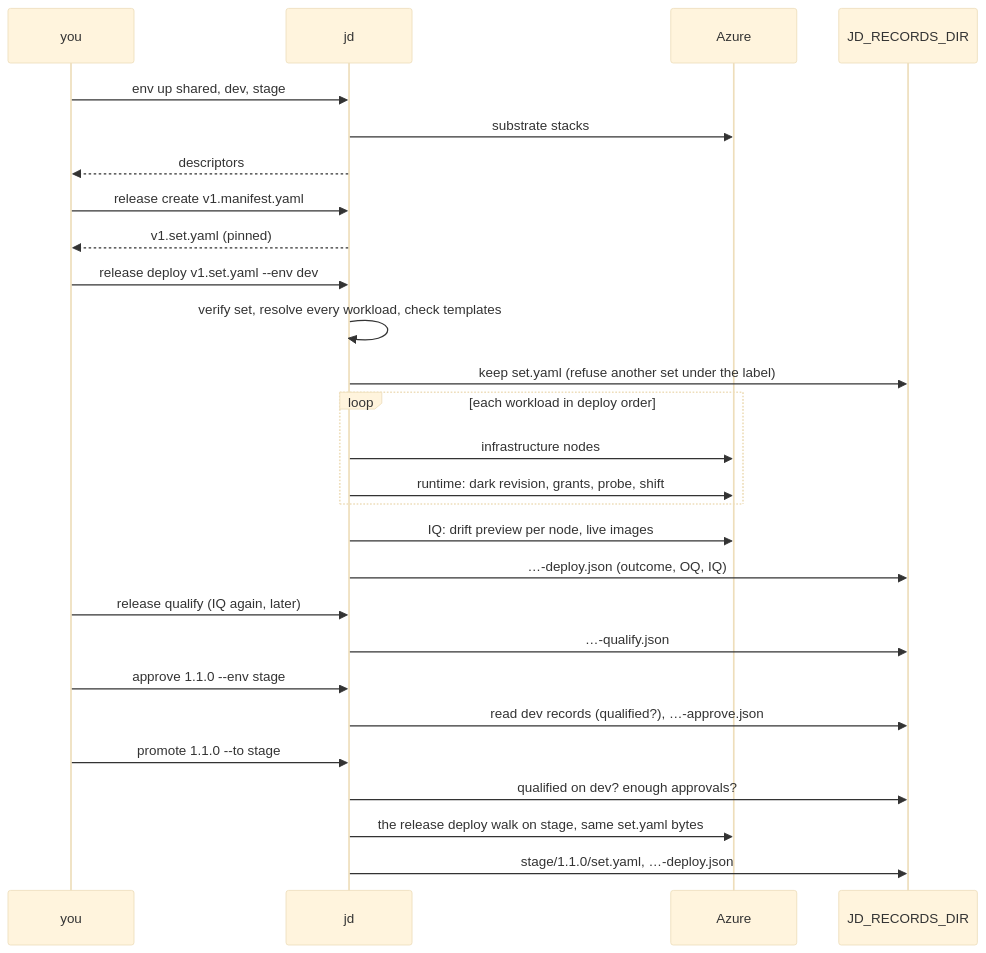
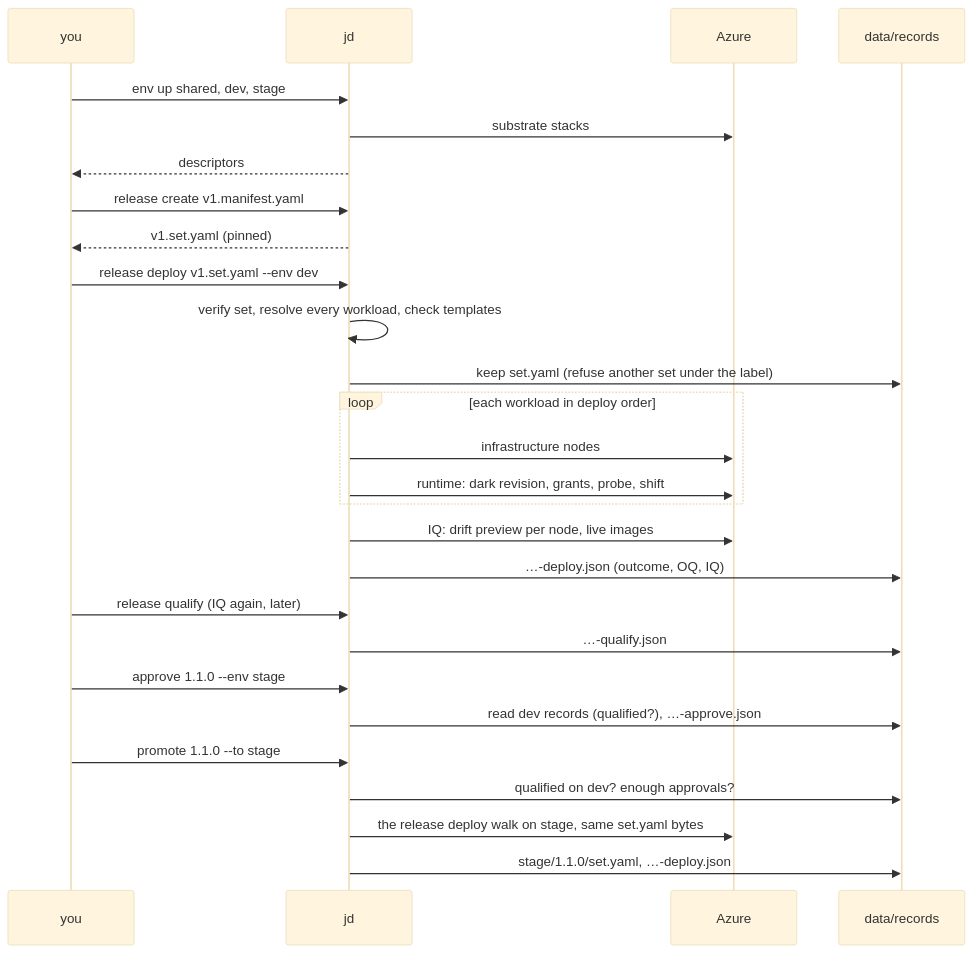
Before and after one commit to sleepyshark85/just-deliver: the second of 2 diagrams in docs/walkthrough.md, drawn with Mermaid (base theme). The commit also changed other lines of this file and 63 other files, not shown here.

````diff
--- a/docs/walkthrough.md
+++ b/docs/walkthrough.md
@@ -38,29 +38,29 @@
 ```mermaid
 sequenceDiagram
   participant U as you
   participant J as jd
   participant A as Azure
-  participant R as JD_RECORDS_DIR
+  participant R as data/records
   U->>J: env up shared, dev, stage
   J->>A: substrate stacks
   J-->>U: descriptors
   U->>J: release create v1.manifest.yaml
   J-->>U: v1.set.yaml (pinned)
   U->>J: release deploy v1.set.yaml --env dev
   J->>J: verify set, resolve every workload, check templates
   J->>R: keep set.yaml (refuse another set under the label)
   loop each workload in deploy order
     J->>A: infrastructure nodes
     J->>A: runtime: dark revision, grants, probe, shift
   end
   J->>A: IQ: drift preview per node, live images
   J->>R: …-deploy.json (outcome, OQ, IQ)
   U->>J: release qualify (IQ again, later)
   J->>R: …-qualify.json
   U->>J: approve 1.1.0 --env stage
   J->>R: read dev records (qualified?), …-approve.json
   U->>J: promote 1.1.0 --to stage
   J->>R: qualified on dev? enough approvals?
   J->>A: the release deploy walk on stage, same set.yaml bytes
   J->>R: stage/1.1.0/set.yaml, …-deploy.json
 ```
````
